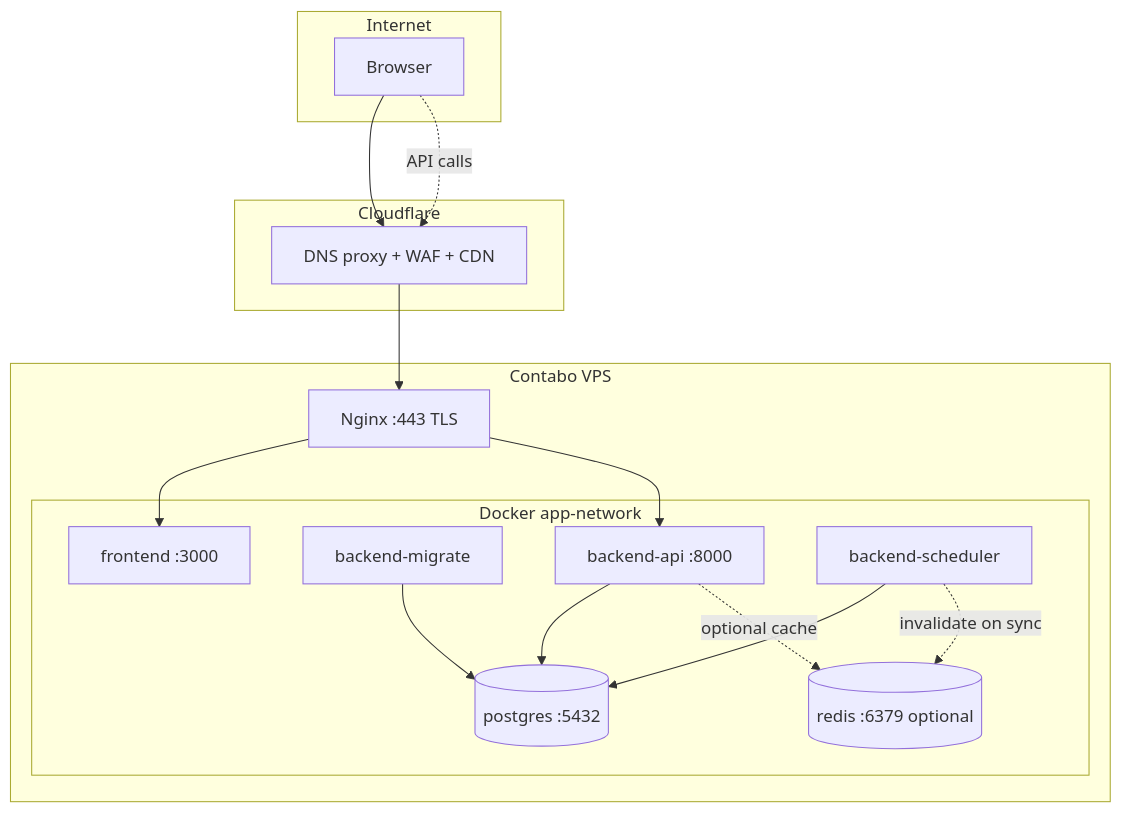
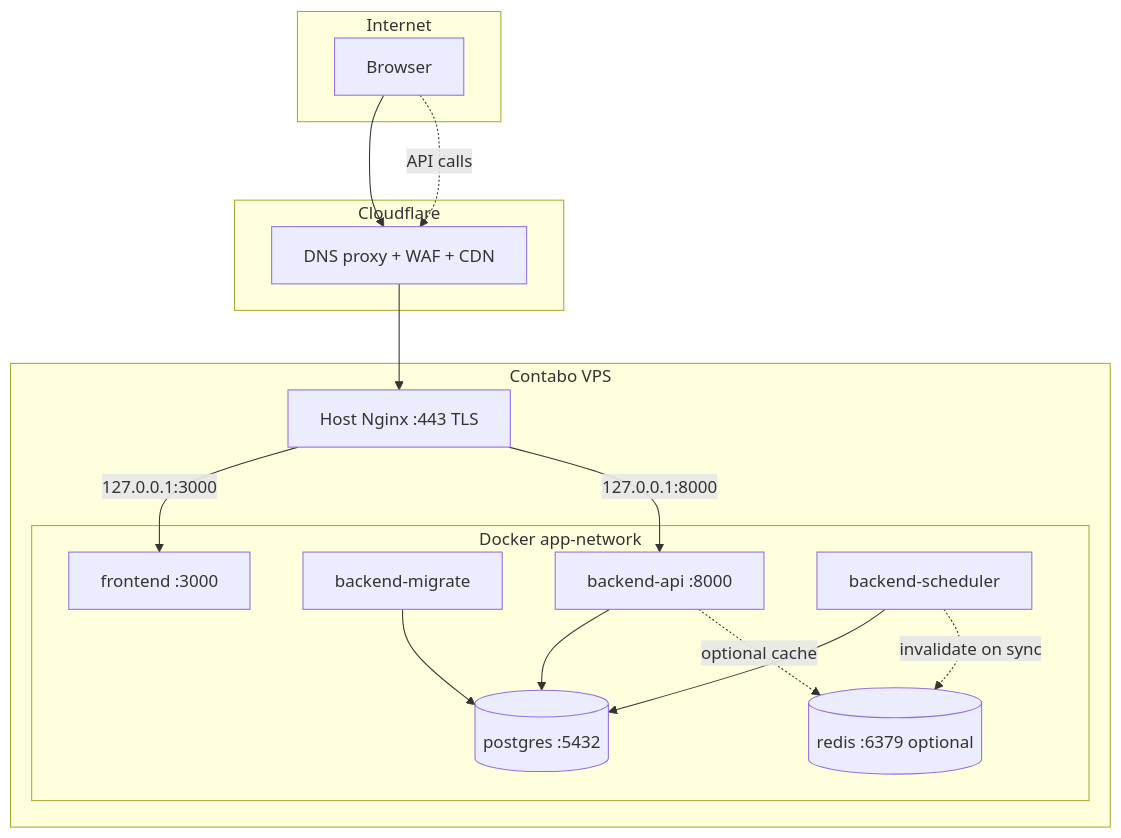
Before and after one commit to Jrahimin/smart-stock: the first of 3 diagrams in backend/docs/deployment_architecture.md, drawn with Mermaid. The commit also changed other lines of this file and 7 other files, not shown here.

````diff
--- a/backend/docs/deployment_architecture.md
+++ b/backend/docs/deployment_architecture.md
@@ -24,34 +26,34 @@
 ```mermaid
 flowchart TB
     subgraph internet [Internet]
         Browser[Browser]
     end
 
     subgraph cloudflare [Cloudflare]
         CF[DNS proxy + WAF + CDN]
     end
 
     subgraph vps [Contabo VPS]
-        Nginx[Nginx :443 TLS]
+        HostNginx[Host Nginx :443 TLS]
 
         subgraph docker [Docker app-network]
             FE[frontend :3000]
             MIG[backend-migrate]
             API[backend-api :8000]
             SCH[backend-scheduler]
             PG[(postgres :5432)]
             RD[(redis :6379 optional)]
         end
     end
 
     Browser --> CF
-    CF --> Nginx
-    Nginx --> FE
-    Nginx --> API
+    CF --> HostNginx
+    HostNginx -->|127.0.0.1:3000| FE
+    HostNginx -->|127.0.0.1:8000| API
     API --> PG
     MIG --> PG
     API -.->|optional cache| RD
     SCH --> PG
     SCH -.->|invalidate on sync| RD
     Browser -.->|API calls| CF
 ```
````
